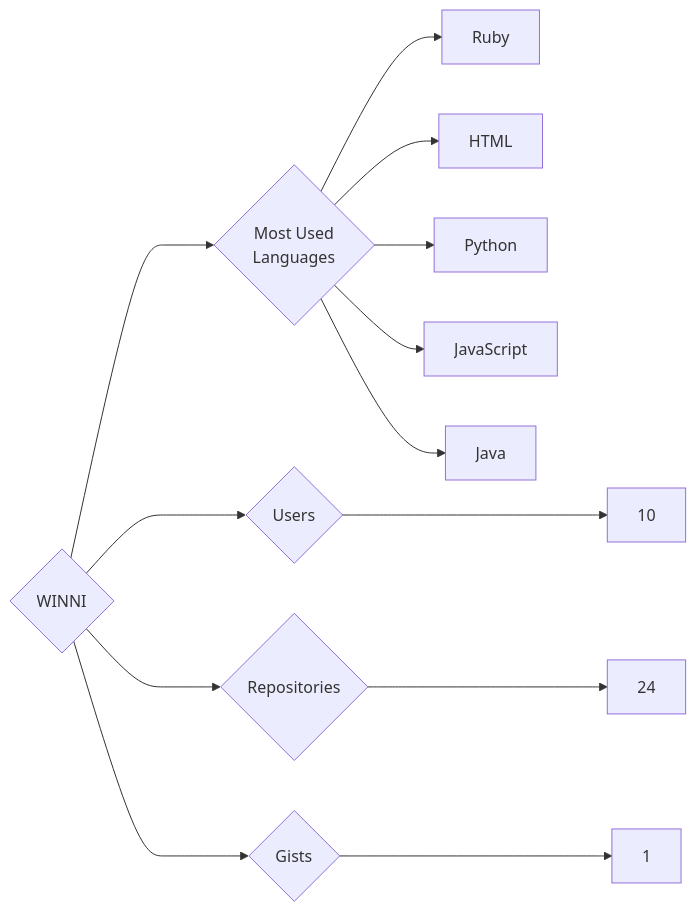
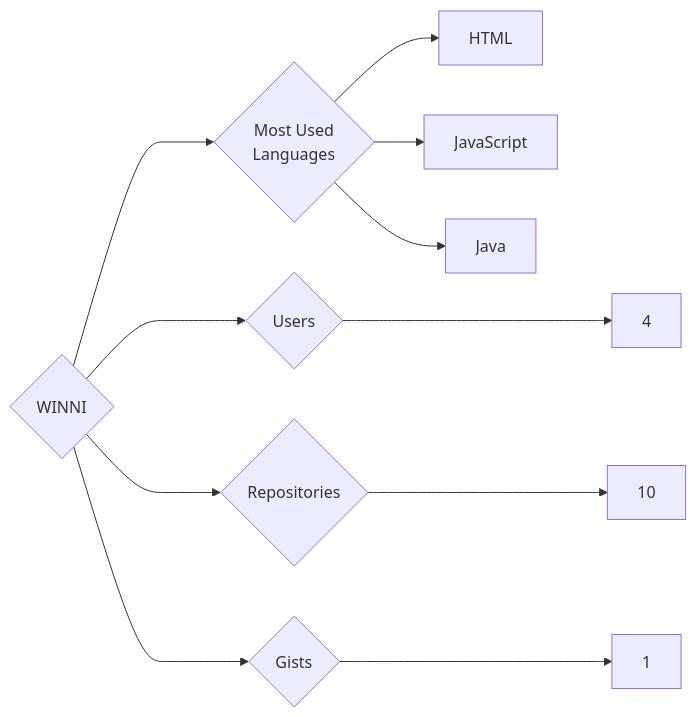
Before and after one commit to trickest/insiders: the diagram in targets/WINNI/README.md, drawn with Mermaid. The commit also changed 953 other files, not shown here.

````diff
--- a/targets/WINNI/README.md
+++ b/targets/WINNI/README.md
@@ -3,13 +3,11 @@
 ```mermaid
 graph LR
 COMPANY_NAME{WINNI}
-COMPANY_NAME ---> U{Users} ---> UN[10]
-COMPANY_NAME ---> R{Repositories} ---> RN[24]
+COMPANY_NAME ---> U{Users} ---> UN[4]
+COMPANY_NAME ---> R{Repositories} ---> RN[10]
 COMPANY_NAME ---> G{Gists} ---> GN[1]
 COMPANY_NAME ---> ML{Most Used<br>Languages}
-ML --> Ruby[Ruby]
 ML --> HTML[HTML]
-ML --> Python[Python]
 ML --> JavaScript[JavaScript]
 ML --> Java[Java]
 ```
````
